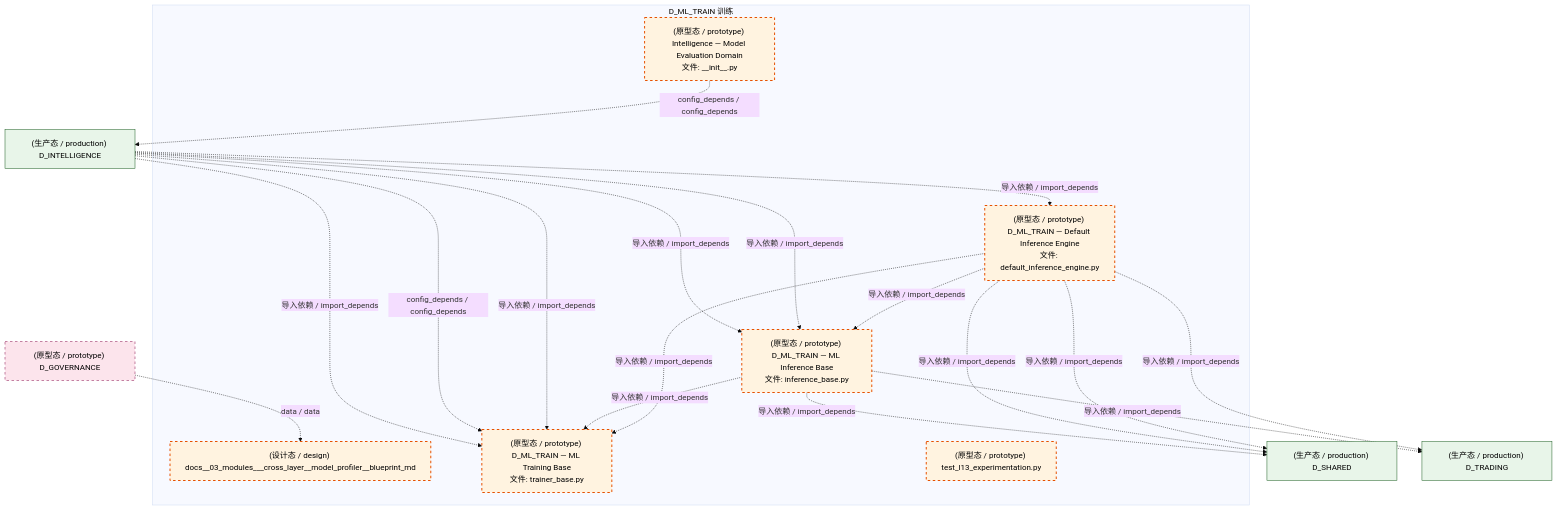
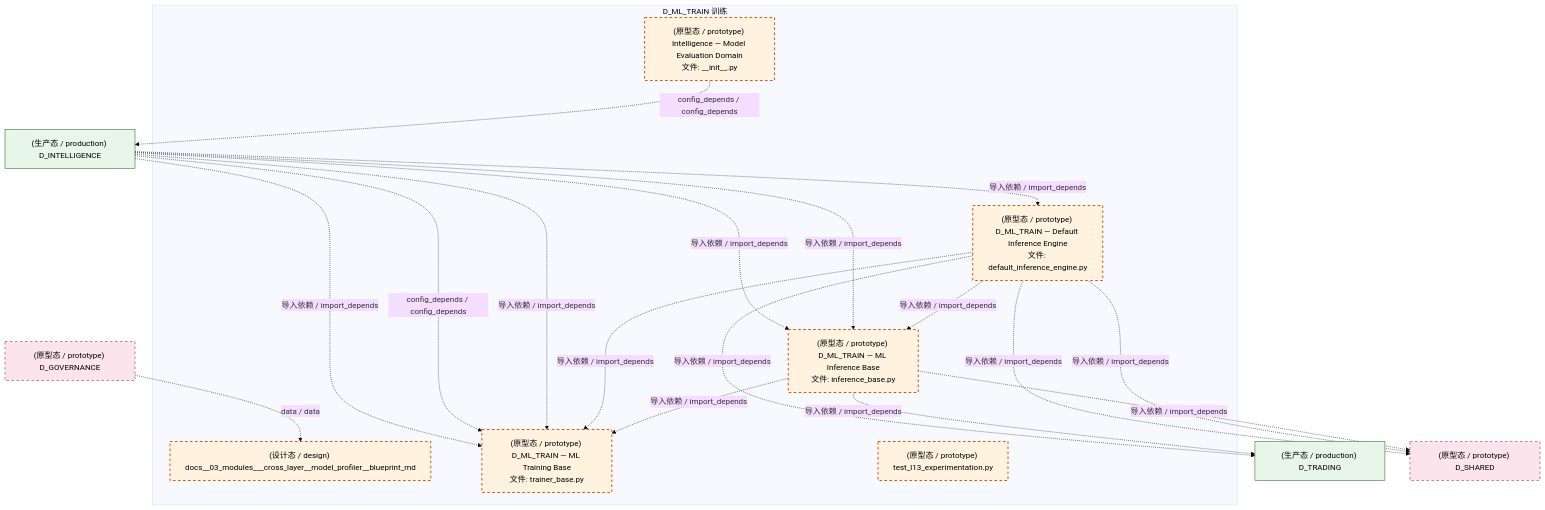
The first of 4 diagrams in docs/02_enterprise_architecture/02_domain_architecture_docs/50_d_ml_train.md (xuanFelixVan/ZephyrAlpha), drawn with Mermaid (base theme) before and after one commit. The commit also changed other lines of this file and 126 other files, not shown here.

````diff
--- a/docs/02_enterprise_architecture/02_domain_architecture_docs/50_d_ml_train.md
+++ b/docs/02_enterprise_architecture/02_domain_architecture_docs/50_d_ml_train.md
@@ -74,38 +74,38 @@
 ```mermaid
 graph TD
     subgraph D_ML_TRAIN["D_ML_TRAIN 训练"]
         docs_03_modules_cross_layer_model_profiler_blueprint_md["(设计态 / design) docs__03_modules___cross_layer__model_profiler__blueprint_md"]
         src_zephyr_intelligence_model_evaluation_init_py["(原型态 / prototype) Intelligence — Model Evaluation Domain<br/>文件: __init__.py"]
         src_zephyr_ml_train_implementations_default_inference_engine_py["(原型态 / prototype) D_ML_TRAIN — Default Inference Engine<br/>文件: default_inference_engine.py"]
         src_zephyr_ml_train_inference_base_py["(原型态 / prototype) D_ML_TRAIN — ML Inference Base<br/>文件: inference_base.py"]
         src_zephyr_ml_train_trainer_base_py["(原型态 / prototype) D_ML_TRAIN — ML Training Base<br/>文件: trainer_base.py"]
         tests_ml_experiment_test_l13_experimentation_py["(原型态 / prototype) test_l13_experimentation.py"]
     end
+    src_zephyr_ml_train_inference_base_py -.->|导入依赖 / import_depends| src_zephyr_ml_train_trainer_base_py
     src_zephyr_ml_train_implementations_default_inference_engine_py -.->|导入依赖 / import_depends| src_zephyr_ml_train_trainer_base_py
     src_zephyr_ml_train_implementations_default_inference_engine_py -.->|导入依赖 / import_depends| src_zephyr_ml_train_inference_base_py
-    src_zephyr_ml_train_inference_base_py -.->|导入依赖 / import_depends| src_zephyr_ml_train_trainer_base_py
     D_INTELLIGENCE["(生产态 / production) D_INTELLIGENCE"]
     src_zephyr_intelligence_model_evaluation_init_py -.->|config_depends / config_depends| D_INTELLIGENCE
-    D_SHARED["(生产态 / production) D_SHARED"]
+    D_TRADING["(生产态 / production) D_TRADING"]
+    src_zephyr_ml_train_inference_base_py -.->|导入依赖 / import_depends| D_TRADING
+    D_SHARED["(原型态 / prototype) D_SHARED"]
+    src_zephyr_ml_train_inference_base_py -.->|导入依赖 / import_depends| D_SHARED
     src_zephyr_ml_train_implementations_default_inference_engine_py -.->|导入依赖 / import_depends| D_SHARED
-    D_TRADING["(生产态 / production) D_TRADING"]
     src_zephyr_ml_train_implementations_default_inference_engine_py -.->|导入依赖 / import_depends| D_TRADING
     src_zephyr_ml_train_implementations_default_inference_engine_py -.->|导入依赖 / import_depends| D_SHARED
-    src_zephyr_ml_train_inference_base_py -.->|导入依赖 / import_depends| D_TRADING
-    src_zephyr_ml_train_inference_base_py -.->|导入依赖 / import_depends| D_SHARED
     D_INTELLIGENCE -.->|导入依赖 / import_depends| src_zephyr_ml_train_inference_base_py
     D_INTELLIGENCE -.->|导入依赖 / import_depends| src_zephyr_ml_train_implementations_default_inference_engine_py
     D_INTELLIGENCE -.->|导入依赖 / import_depends| src_zephyr_ml_train_trainer_base_py
     D_INTELLIGENCE -.->|config_depends / config_depends| src_zephyr_ml_train_trainer_base_py
     D_INTELLIGENCE -.->|导入依赖 / import_depends| src_zephyr_ml_train_inference_base_py
     D_INTELLIGENCE -.->|导入依赖 / import_depends| src_zephyr_ml_train_trainer_base_py
     D_GOVERNANCE["(原型态 / prototype) D_GOVERNANCE"]
     D_GOVERNANCE -.->|data / data| docs_03_modules_cross_layer_model_profiler_blueprint_md
     classDef production fill:#e1f5fe,stroke:#01579b,stroke-width:2px,color:#000
     classDef design fill:#fff3e0,stroke:#e65100,stroke-width:2px,color:#000,stroke-dasharray: 5 5
     classDef external_prod fill:#e8f5e9,stroke:#1b5e20,stroke-width:1px,color:#000
     classDef external_design fill:#fce4ec,stroke:#880e4f,stroke-width:1px,color:#000,stroke-dasharray: 5 5
     class docs_03_modules_cross_layer_model_profiler_blueprint_md,src_zephyr_intelligence_model_evaluation_init_py,src_zephyr_ml_train_implementations_default_inference_engine_py,src_zephyr_ml_train_inference_base_py,src_zephyr_ml_train_trainer_base_py,tests_ml_experiment_test_l13_experimentation_py design
-    class D_INTELLIGENCE,D_SHARED,D_TRADING external_prod
-    class D_GOVERNANCE external_design
+    class D_INTELLIGENCE,D_TRADING external_prod
+    class D_SHARED,D_GOVERNANCE external_design
 ```
````
